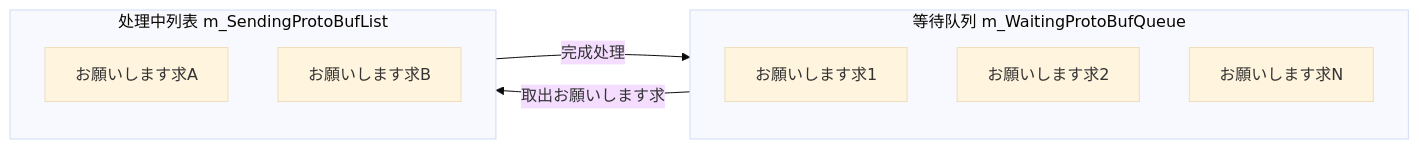
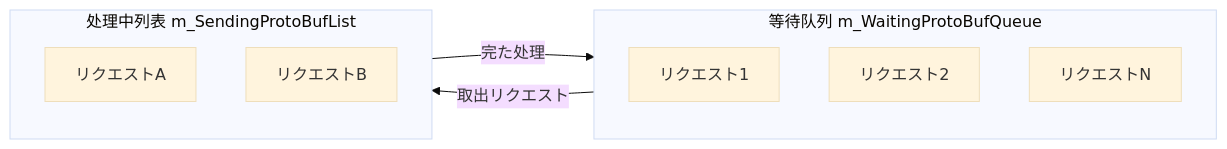
The third of 3 diagrams in docs/ja/client/unity/component/web-protobuff/09.webprotobuffcomponent.md (AlianBlank/GameFrameX.Docs), drawn with Mermaid (base theme) before and after one commit. The commit also changed other lines of this file and 320 other files, not shown here.

````diff
--- a/docs/ja/client/unity/component/web-protobuff/09.webprotobuffcomponent.md
+++ b/docs/ja/client/unity/component/web-protobuff/09.webprotobuffcomponent.md
@@ -204,16 +204,16 @@
 ```mermaid
 flowchart LR
     subgraph WaitingQueue["等待队列 m_WaitingProtoBufQueue"]
-        W1[お願いします求1]
-        W2[お願いします求2]
-        W3[お願いします求N]
+        W1[リクエスト1]
+        W2[リクエスト2]
+        W3[リクエストN]
     end
 
     subgraph SendingList["处理中列表 m_SendingProtoBufList"]
-        S1[お願いします求A]
-        S2[お願いします求B]
+        S1[リクエストA]
+        S2[リクエストB]
     end
 
-    WaitingQueue -->|取出お願いします求| SendingList
-    SendingList -->|完成处理| WaitingQueue
+    WaitingQueue -->|取出リクエスト| SendingList
+    SendingList -->|完た处理| WaitingQueue
 ```
````
